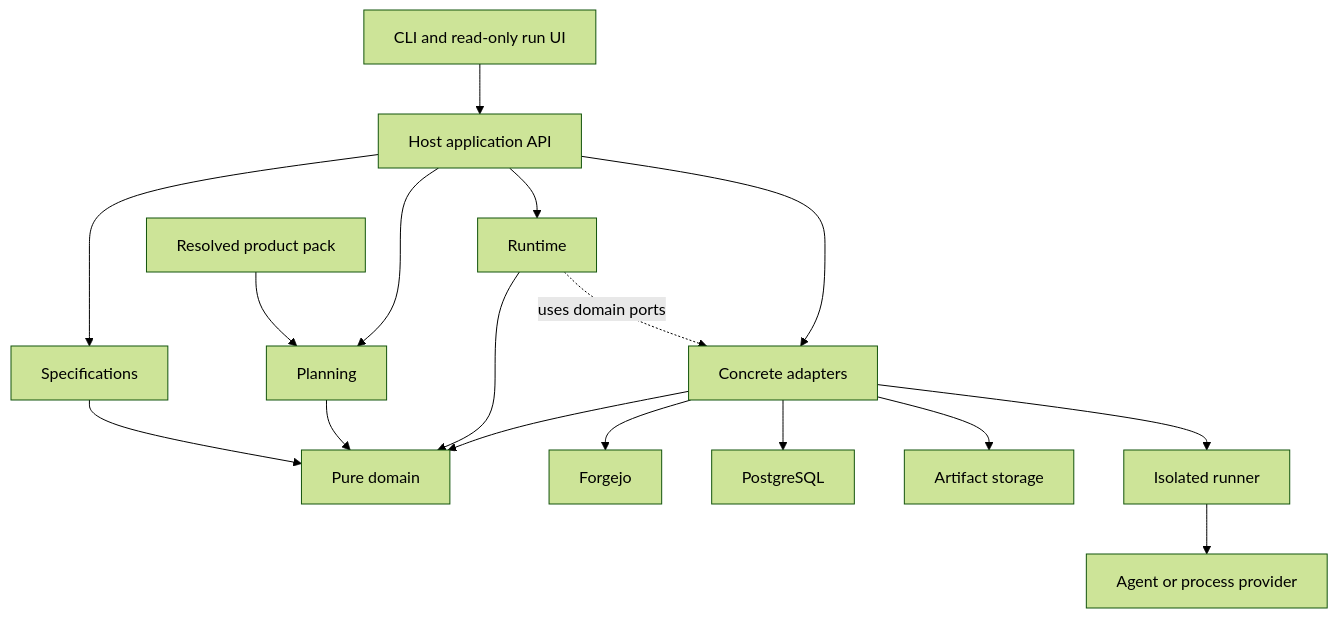
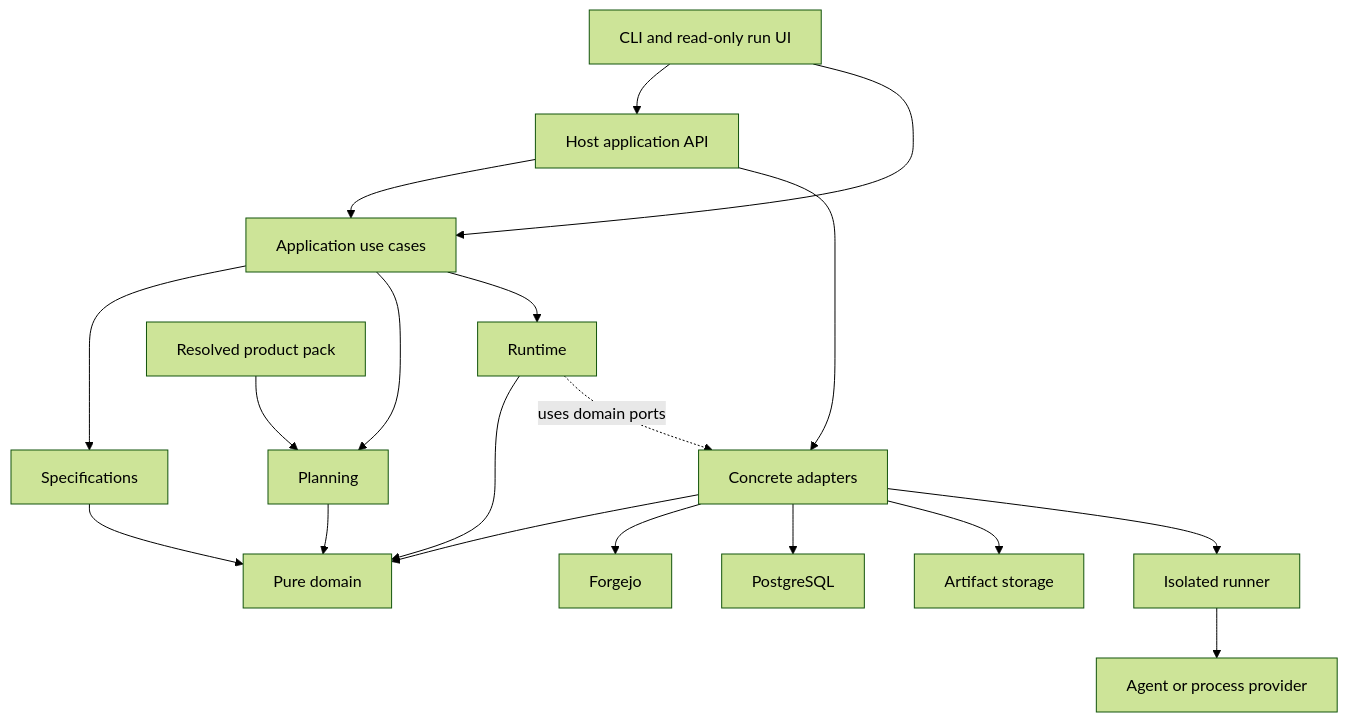
One commit to FS-GG/.github changed the diagram in docs/roadmaps/2026-10-10-fsgg-v3-clean-rewrite.md. Above: the diagram before and after it, drawn with Mermaid (forest theme). The commit also changed other lines of this file and 2 other files, not shown here.

Commit message:
docs: refine v3 architecture and measurable acceptance (#4398)

````diff
--- a/docs/roadmaps/2026-10-10-fsgg-v3-clean-rewrite.md
+++ b/docs/roadmaps/2026-10-10-fsgg-v3-clean-rewrite.md
@@ -70,19 +73,21 @@
 ```mermaid
 flowchart TD
     UI[CLI and read-only run UI] --> HOST[Host application API]
-    HOST --> SPEC[Specifications]
-    HOST --> PLAN[Planning]
-    HOST --> RT[Runtime]
+    HOST --> APP[Application use cases]
+    UI --> APP
+    APP --> SPEC[Specifications]
+    APP --> PLAN[Planning]
+    APP --> RT[Runtime]
     SPEC --> D[Pure domain]
     PLAN --> D
     RT --> D
     PACK[Resolved product pack] --> PLAN
     HOST --> AD[Concrete adapters]
     AD --> D
     RT -. uses domain ports .-> AD
     AD --> FORGE[Forgejo]
     AD --> DB[PostgreSQL]
     AD --> STORE[Artifact storage]
     AD --> RUN[Isolated runner]
     RUN --> EXEC[Agent or process provider]
 ```
````
